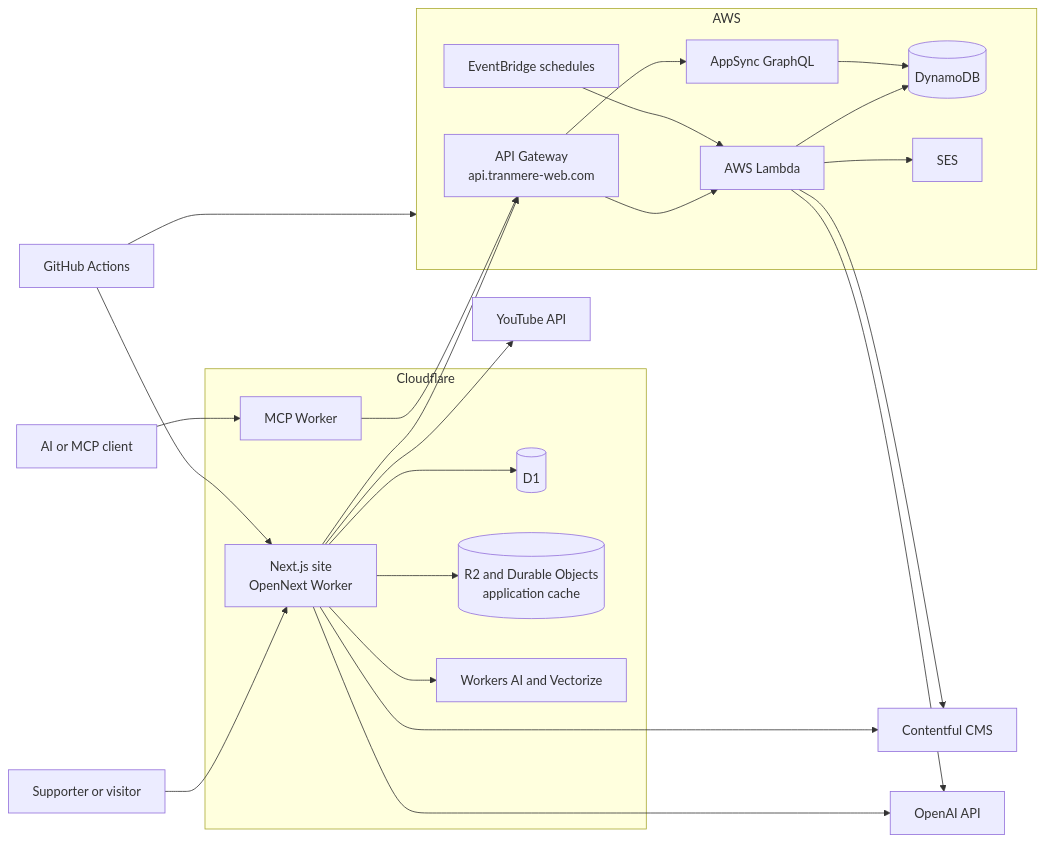
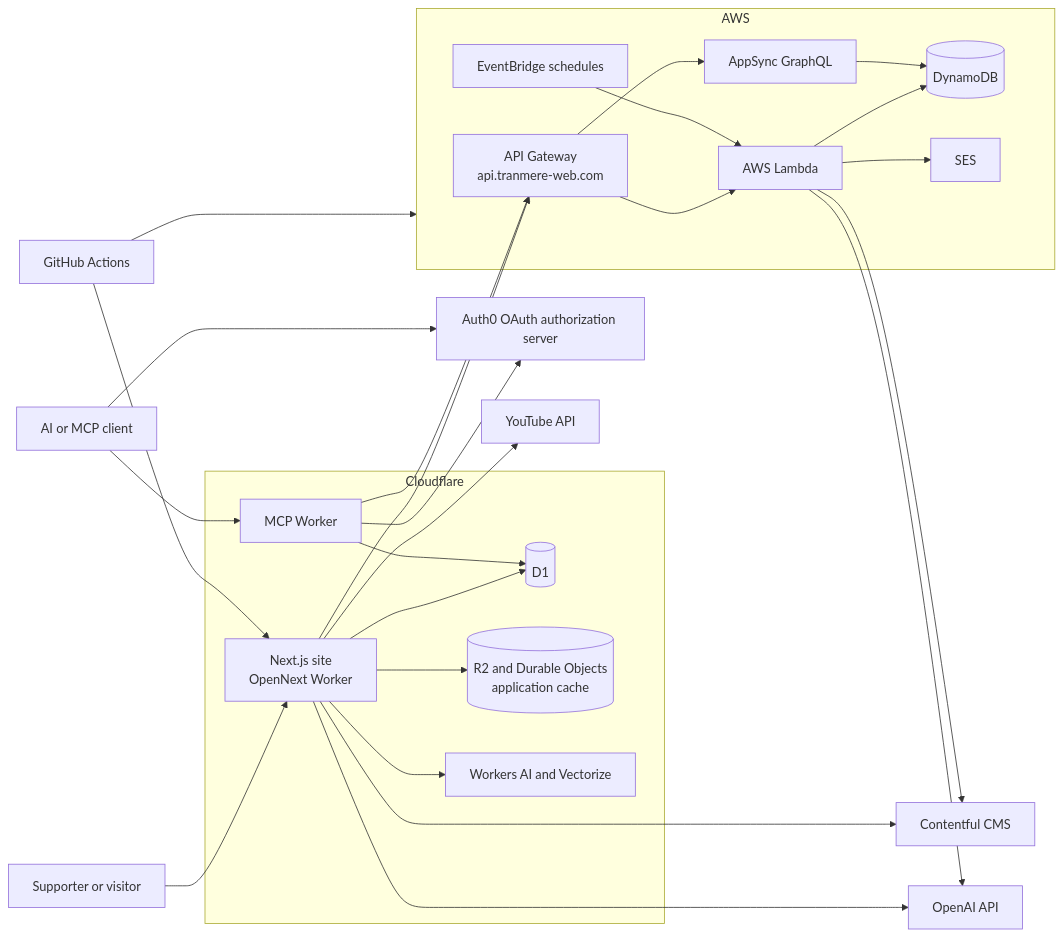
Before and after one commit to chrisowen491/tranmere-web: the diagram in docs/ARCHITECTURE.md, drawn with Mermaid. The commit also changed other lines of this file and 44 other files, not shown here.

````diff
--- a/docs/ARCHITECTURE.md
+++ b/docs/ARCHITECTURE.md
@@ -20,48 +23,52 @@
 ```mermaid
 flowchart LR
     Visitor[Supporter or visitor]
     AIClient[AI or MCP client]
     GitHub[GitHub Actions]
 
     subgraph Cloudflare
         Site[Next.js site<br/>OpenNext Worker]
         D1[(D1)]
         Cache[(R2 and Durable Objects<br/>application cache)]
         CFAI[Workers AI and Vectorize]
         MCP[MCP Worker]
     end
 
     subgraph AWS
         Gateway[API Gateway<br/>api.tranmere-web.com]
         Lambda[AWS Lambda]
         AppSync[AppSync GraphQL]
         Dynamo[(DynamoDB)]
         Scheduler[EventBridge schedules]
         SES[SES]
     end
 
     Contentful[Contentful CMS]
+    Auth0[Auth0 OAuth authorization server]
     YouTube[YouTube API]
     OpenAI[OpenAI API]
 
     Visitor --> Site
     AIClient --> MCP
     Site --> Gateway
     Site --> Contentful
     Site --> YouTube
     Site --> D1
     Site --> Cache
     Site --> CFAI
     Site --> OpenAI
+    MCP --> D1
     MCP --> Gateway
+    AIClient --> Auth0
+    MCP --> Auth0
     Gateway --> Lambda
     Gateway --> AppSync
     Lambda --> Dynamo
     AppSync --> Dynamo
     Lambda --> Contentful
     Lambda --> OpenAI
     Lambda --> SES
     Scheduler --> Lambda
     GitHub --> Site
     GitHub --> AWS
 ```
````
